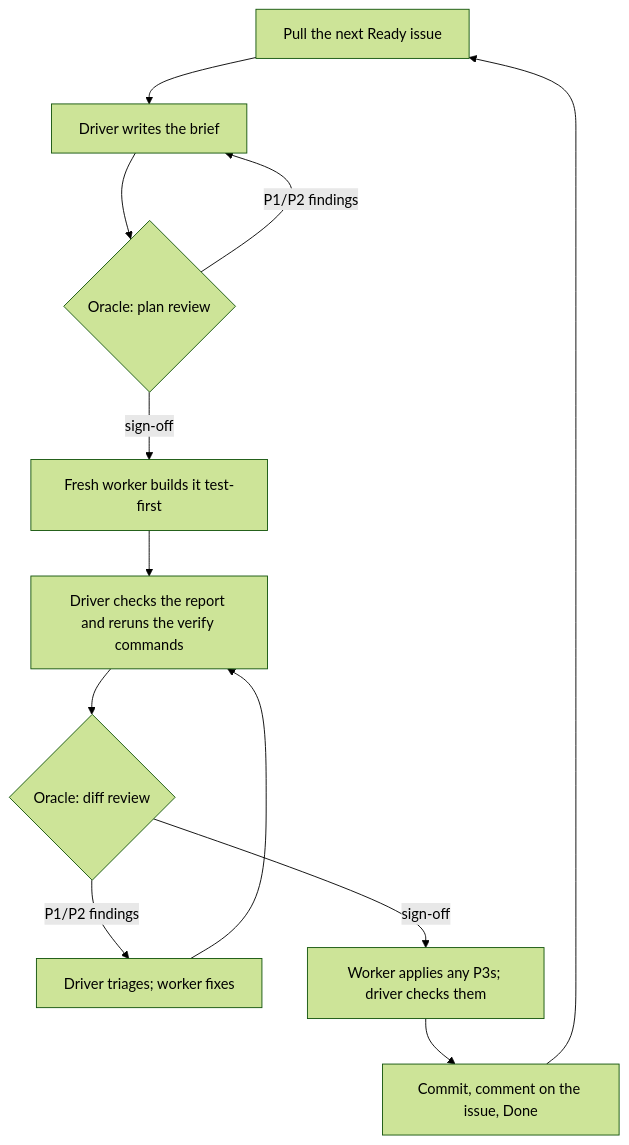
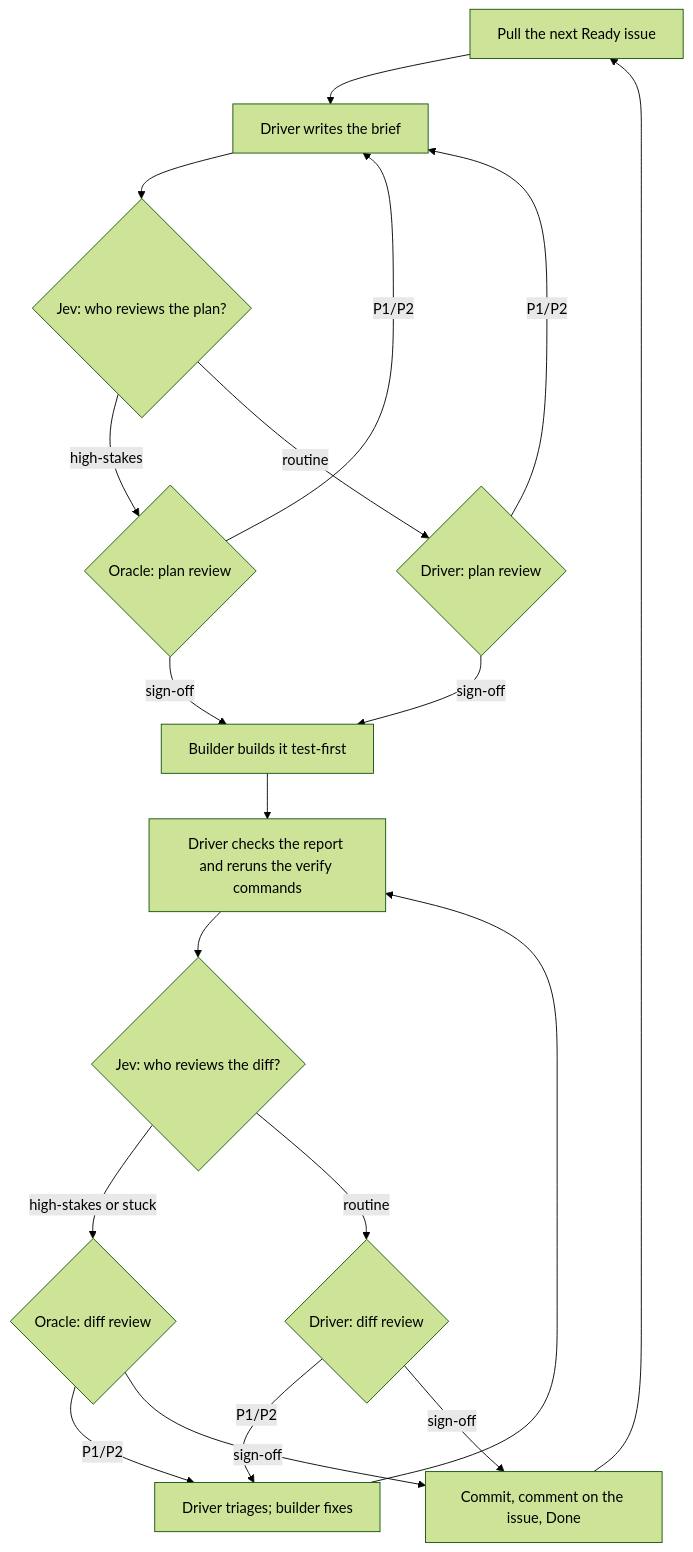
The diagram in README.md (robertguss/ai-dev-workflow), drawn with Mermaid (forest theme) before and after one commit. The commit also changed other lines of this file and 8 other files, not shown here.

First line of the commit message:
Remove the driver, oracle and worker skills; crew replaces them

````diff
--- a/README.md
+++ b/README.md
@@ -52,14 +75,21 @@
 ```mermaid
 flowchart TD
     A[Pull the next Ready issue] --> B[Driver writes the brief]
-    B --> C{Oracle: plan review}
-    C -- P1/P2 findings --> B
-    C -- sign-off --> D[Fresh worker builds it test-first]
+    B --> J1{Jev: who reviews the plan?}
+    J1 -- high-stakes --> C{Oracle: plan review}
+    J1 -- routine --> C2{Driver: plan review}
+    C -- P1/P2 --> B
+    C2 -- P1/P2 --> B
+    C -- sign-off --> D[Builder builds it test-first]
+    C2 -- sign-off --> D
     D --> E[Driver checks the report and reruns the verify commands]
-    E --> F{Oracle: diff review}
-    F -- P1/P2 findings --> G[Driver triages; worker fixes]
+    E --> J2{Jev: who reviews the diff?}
+    J2 -- high-stakes or stuck --> F{Oracle: diff review}
+    J2 -- routine --> F2{Driver: diff review}
+    F -- P1/P2 --> G[Driver triages; builder fixes]
+    F2 -- P1/P2 --> G
     G --> E
-    F -- sign-off --> P[Worker applies any P3s; driver checks them]
-    P --> H[Commit, comment on the issue, Done]
+    F -- sign-off --> H[Commit, comment on the issue, Done]
+    F2 -- sign-off --> H
     H --> A
 ```
````
